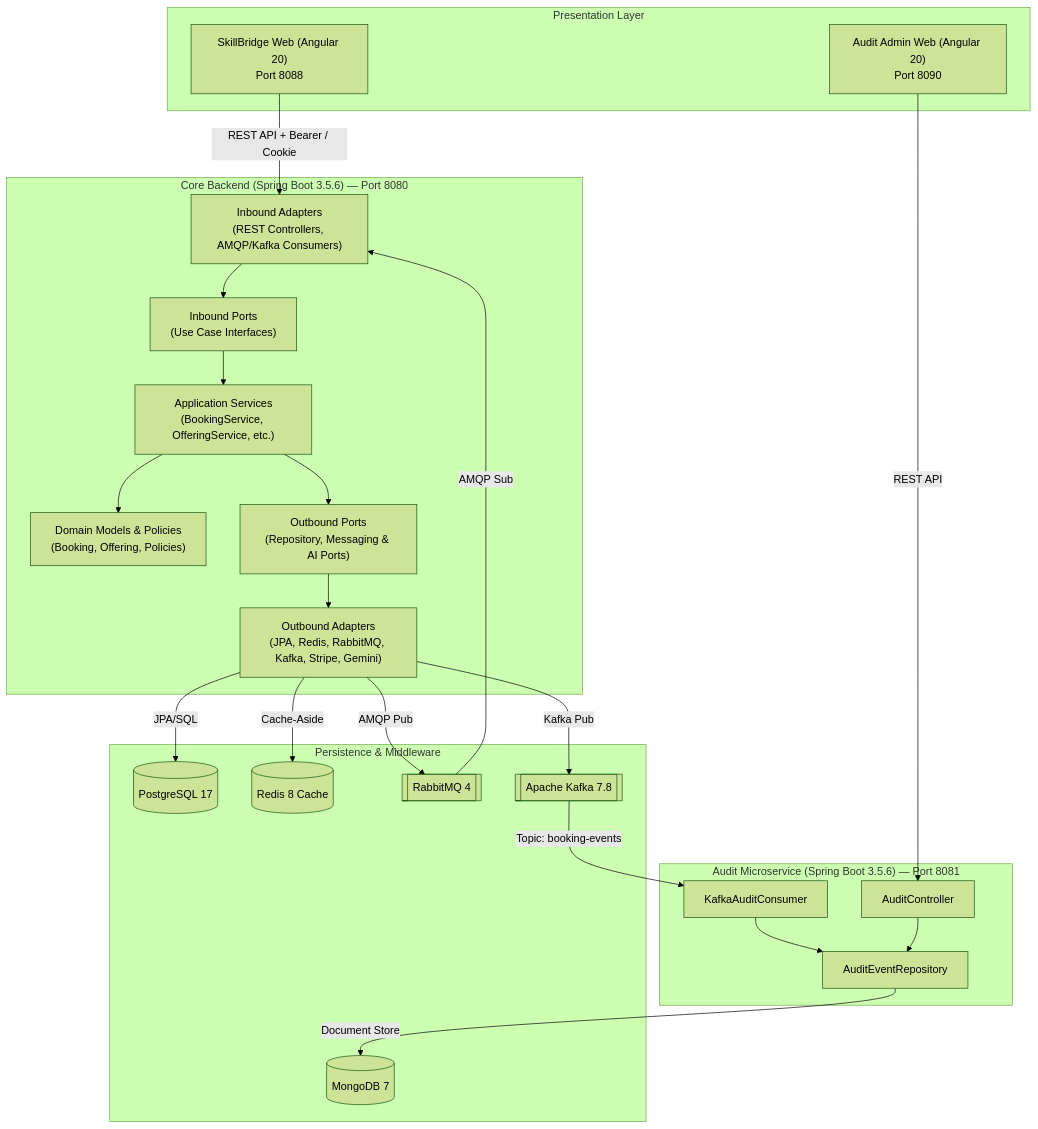
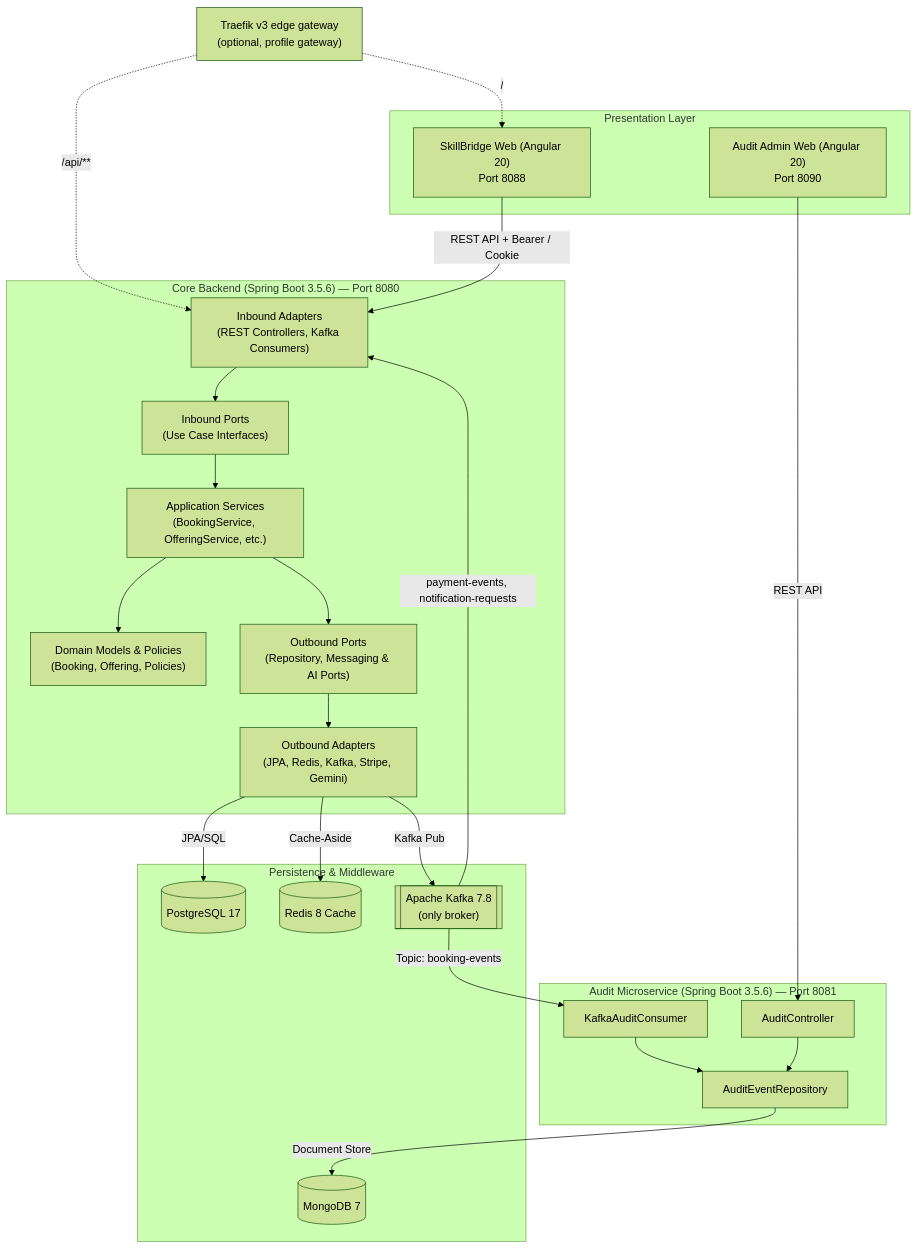
Before and after one commit to Danilo-Doria/SkillBridge-AI-JAVA-Angular: the first of 3 diagrams in docs/architecture/overview.md, drawn with Mermaid (forest theme). The commit also changed other lines of this file and 350 other files, not shown here.

````diff
--- a/docs/architecture/overview.md
+++ b/docs/architecture/overview.md
@@ -14,50 +14,52 @@
 ```mermaid
 flowchart TD
+    Gateway["Traefik v3 edge gateway<br/>(optional, profile gateway)"]
+
     subgraph Clients["Presentation Layer"]
         MainFE["SkillBridge Web (Angular 20)<br/>Port 8088"]
         AuditFE["Audit Admin Web (Angular 20)<br/>Port 8090"]
     end
 
     subgraph CoreBackend["Core Backend (Spring Boot 3.5.6) — Port 8080"]
-        InboundAdapters["Inbound Adapters<br/>(REST Controllers, AMQP/Kafka Consumers)"]
+        InboundAdapters["Inbound Adapters<br/>(REST Controllers, Kafka Consumers)"]
         InboundPorts["Inbound Ports<br/>(Use Case Interfaces)"]
         AppServices["Application Services<br/>(BookingService, OfferingService, etc.)"]
         DomainCore["Domain Models & Policies<br/>(Booking, Offering, Policies)"]
         OutboundPorts["Outbound Ports<br/>(Repository, Messaging & AI Ports)"]
-        OutboundAdapters["Outbound Adapters<br/>(JPA, Redis, RabbitMQ, Kafka, Stripe, Gemini)"]
+        OutboundAdapters["Outbound Adapters<br/>(JPA, Redis, Kafka, Stripe, Gemini)"]
     end
 
     subgraph AuditSubsystem["Audit Microservice (Spring Boot 3.5.6) — Port 8081"]
         KafkaConsumer["KafkaAuditConsumer"]
         AuditRepo["AuditEventRepository"]
         AuditAPI["AuditController"]
     end
 
     subgraph StorageAndBrokers["Persistence & Middleware"]
         Postgres[(PostgreSQL 17)]
         Redis[(Redis 8 Cache)]
         Mongo[(MongoDB 7)]
-        RabbitMQ[["RabbitMQ 4"]]
-        KafkaBroker[["Apache Kafka 7.8"]]
+        KafkaBroker[["Apache Kafka 7.8<br/>(only broker)"]]
     end
 
+    Gateway -.->|/| MainFE
+    Gateway -.->|/api/**| InboundAdapters
     MainFE -->|REST API + Bearer / Cookie| InboundAdapters
     AuditFE -->|REST API| AuditAPI
 
     InboundAdapters --> InboundPorts
     InboundPorts --> AppServices
     AppServices --> DomainCore
     AppServices --> OutboundPorts
     OutboundPorts --> OutboundAdapters
 
     OutboundAdapters -->|JPA/SQL| Postgres
     OutboundAdapters -->|Cache-Aside| Redis
-    OutboundAdapters -->|AMQP Pub| RabbitMQ
     OutboundAdapters -->|Kafka Pub| KafkaBroker
 
-    RabbitMQ -->|AMQP Sub| InboundAdapters
+    KafkaBroker -->|payment-events, notification-requests| InboundAdapters
     KafkaBroker -->|Topic: booking-events| KafkaConsumer
     KafkaConsumer --> AuditRepo
     AuditRepo -->|Document Store| Mongo
     AuditAPI --> AuditRepo
 ```
````
